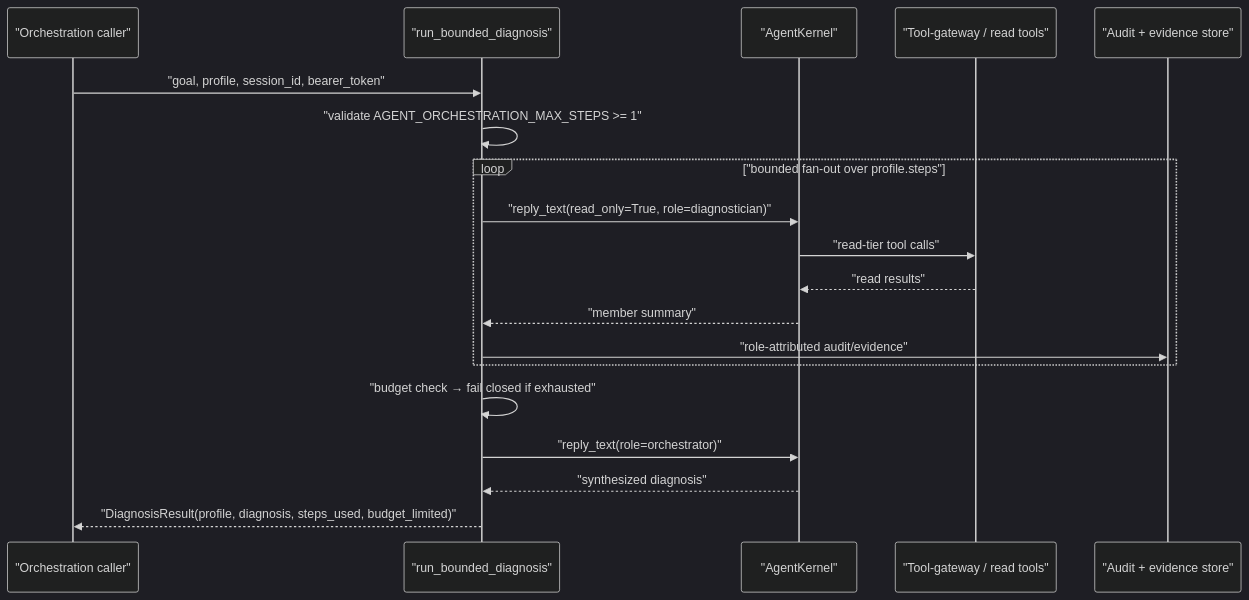
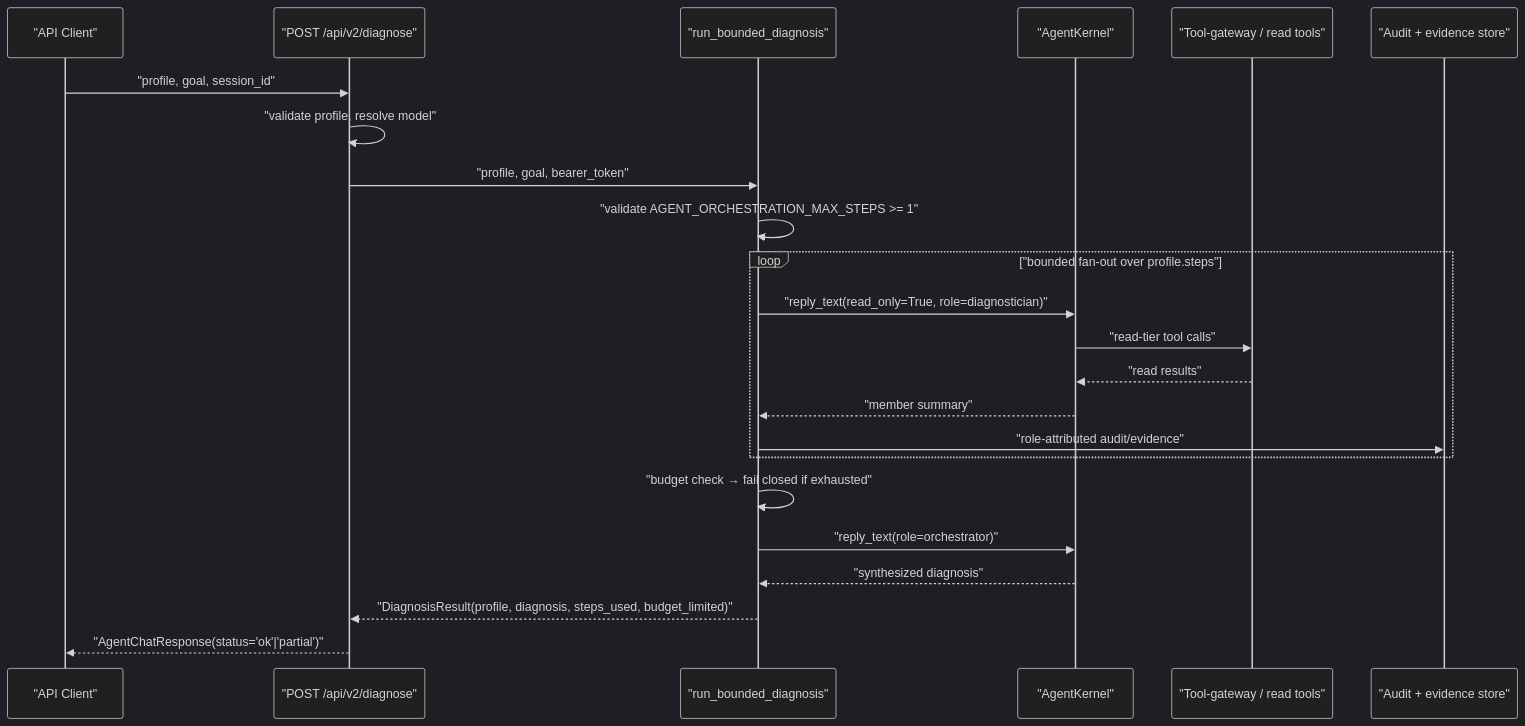
Before and after one commit to metasync/luban-aiops: the second of 7 diagrams in .qoder/repowiki/en/content/Shared Contracts/SPEC-076_ Bounded Autonomous Diagnosis.md, drawn with Mermaid (dark theme). The commit also changed other lines of this file and 164 other files, not shown here.

````diff
--- a/.qoder/repowiki/en/content/Shared Contracts/SPEC-076_ Bounded Autonomous Diagnosis.md
+++ b/.qoder/repowiki/en/content/Shared Contracts/SPEC-076_ Bounded Autonomous Diagnosis.md
@@ -79,21 +107,25 @@
 ```mermaid
 sequenceDiagram
-participant Caller as "Orchestration caller"
+participant Client as "API Client"
+participant Routes as "POST /api/v2/diagnose"
 participant Orchestrator as "run_bounded_diagnosis"
 participant Kernel as "AgentKernel"
 participant Gateway as "Tool-gateway / read tools"
 participant Audit as "Audit + evidence store"
-Caller->>Orchestrator : "goal, profile, session_id, bearer_token"
+Client->>Routes : "profile, goal, session_id"
+Routes->>Routes : "validate profile, resolve model"
+Routes->>Orchestrator : "profile, goal, bearer_token"
 Orchestrator->>Orchestrator : "validate AGENT_ORCHESTRATION_MAX_STEPS >= 1"
 loop "bounded fan-out over profile.steps"
 Orchestrator->>Kernel : "reply_text(read_only=True, role=diagnostician)"
 Kernel->>Gateway : "read-tier tool calls"
 Gateway-->>Kernel : "read results"
 Kernel-->>Orchestrator : "member summary"
 Orchestrator->>Audit : "role-attributed audit/evidence"
 end
 Orchestrator->>Orchestrator : "budget check → fail closed if exhausted"
 Orchestrator->>Kernel : "reply_text(role=orchestrator)"
 Kernel-->>Orchestrator : "synthesized diagnosis"
-Orchestrator-->>Caller : "DiagnosisResult(profile, diagnosis, steps_used, budget_limited)"
+Orchestrator-->>Routes : "DiagnosisResult(profile, diagnosis, steps_used, budget_limited)"
+Routes-->>Client : "AgentChatResponse(status='ok'|'partial')"
 ```
````
